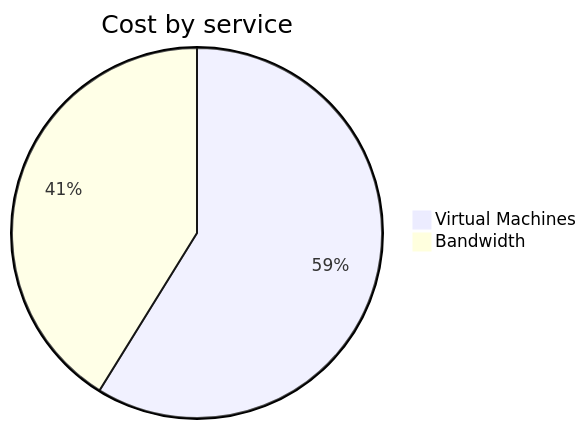
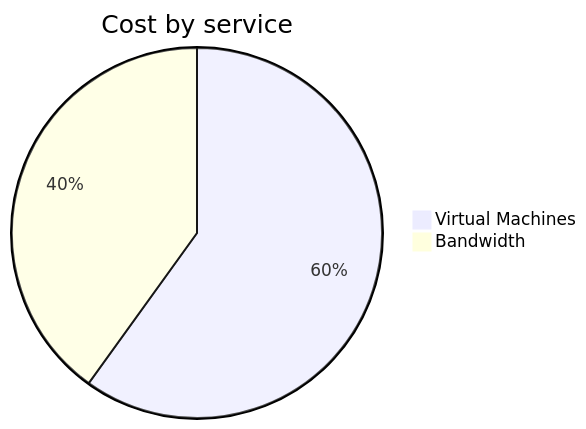
One commit to jpfulton/azure-personal-reports changed the second of 4 diagrams in cost-reports/personal-network/vpn-server.md. Above: the diagram before and after it, drawn with Mermaid. The commit also changed other lines of this file and 8 other files, not shown here.

````diff
--- a/cost-reports/personal-network/vpn-server.md
+++ b/cost-reports/personal-network/vpn-server.md
@@ -94,6 +94,6 @@
 ```mermaid
 pie
    title Cost by service
-   "Virtual Machines" : 3.80
+   "Virtual Machines" : 3.98
    "Bandwidth" : 2.66
 ```
````
